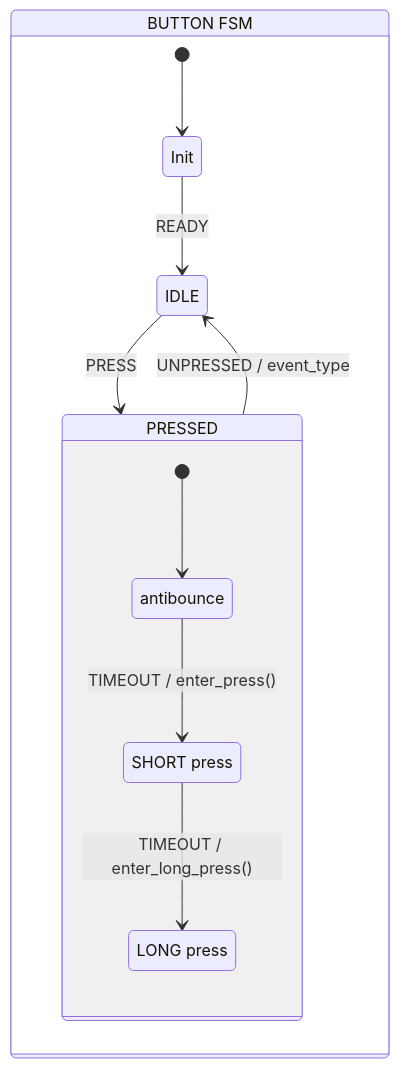
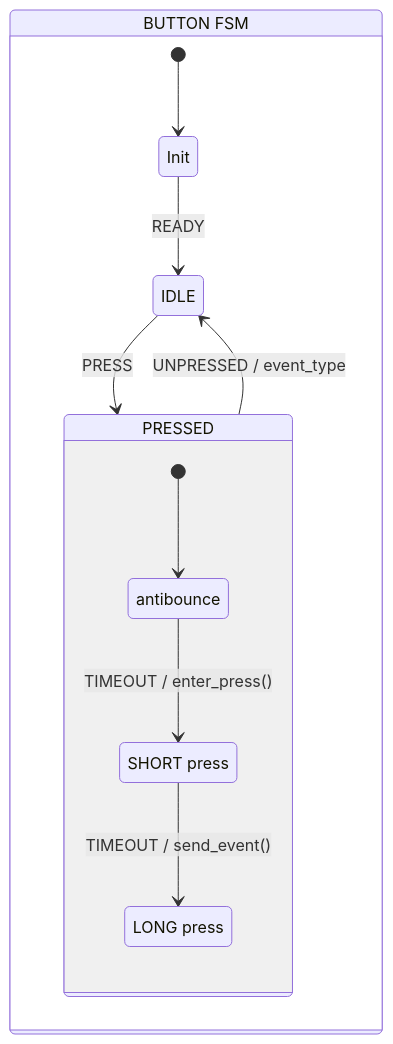
Before and after one commit to mauro-medina10/esp_led: the diagram in components/app_btn/app_btn_fsm.md, drawn with Mermaid. The commit also changed 2 other files, not shown here.

Commit message:
mejoro fsm boton

````diff
--- a/components/app_btn/app_btn_fsm.md
+++ b/components/app_btn/app_btn_fsm.md
@@ -1,22 +1,22 @@
 ```mermaid
 stateDiagram-v2
     state ROOT_ST {
         [*] --> INIT_ST
         INIT_ST --> IDLE_ST : READY 
         IDLE_ST --> PRESS_ST : PRESS 
         state PRESS_ST {
             [*] --> WAIT_ST
             WAIT_ST --> S_PRESS_ST : TIMEOUT / enter_press()
-            S_PRESS_ST --> L_PRESS_ST : TIMEOUT / enter_long_press()
+            S_PRESS_ST --> L_PRESS_ST : TIMEOUT / send_event()
         }
         PRESS_ST --> IDLE_ST : UNPRESSED / event_type
         IDLE_ST : IDLE
     }
 
+    L_PRESS_ST : LONG press
     PRESS_ST : PRESSED
     INIT_ST : Init
     WAIT_ST : antibounce 
     S_PRESS_ST : SHORT press 
-    L_PRESS_ST : LONG press
     ROOT_ST : BUTTON FSM
 ```
````
